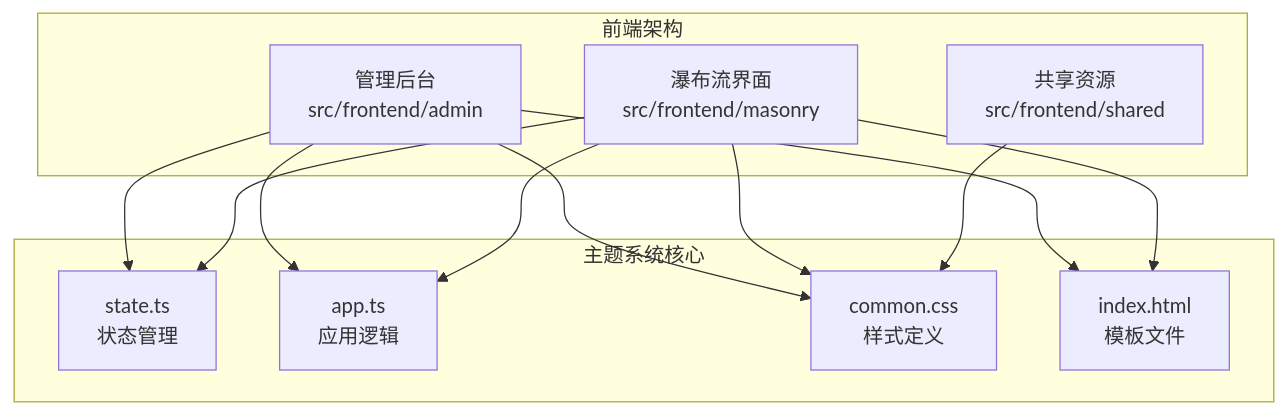
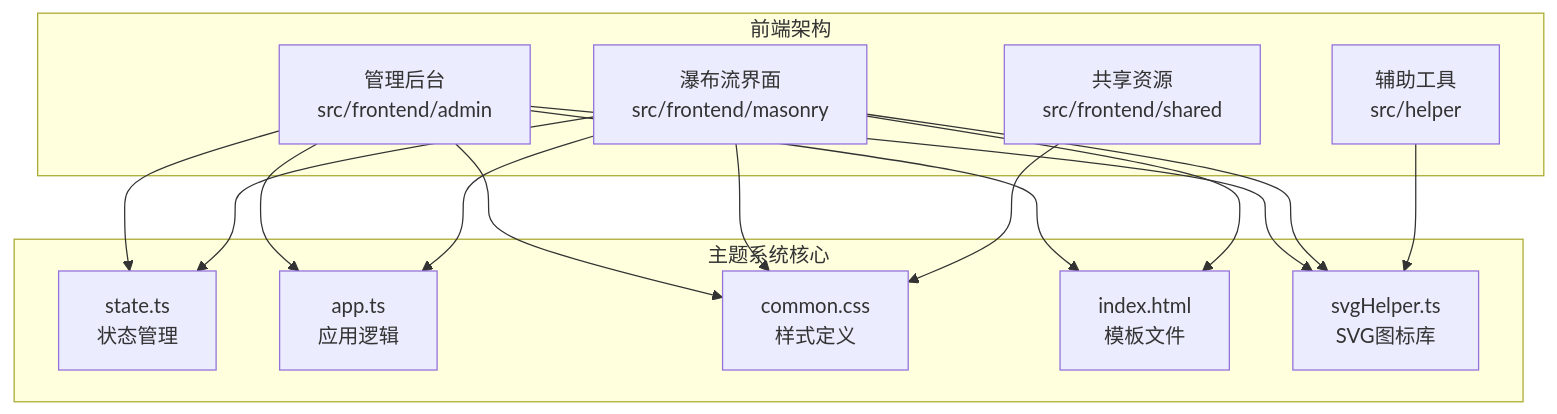
Before and after one commit to BlackBoxRecorder/memos: the first of 10 diagrams in .qoder/repowiki/zh/content/前端应用/主题切换系统.md, drawn with Mermaid. The commit also changed other lines of this file and 7 other files, not shown here.

````diff
--- a/.qoder/repowiki/zh/content/前端应用/主题切换系统.md
+++ b/.qoder/repowiki/zh/content/前端应用/主题切换系统.md
@@ -36,23 +47,28 @@
 ```mermaid
 graph TB
 subgraph "前端架构"
 Admin[管理后台<br/>src/frontend/admin]
 Masonry[瀑布流界面<br/>src/frontend/masonry]
 Shared[共享资源<br/>src/frontend/shared]
+Helper[辅助工具<br/>src/helper]
 end
 subgraph "主题系统核心"
 State[state.ts<br/>状态管理]
 App[app.ts<br/>应用逻辑]
 CSS[common.css<br/>样式定义]
 HTML[index.html<br/>模板文件]
+SVG[svgHelper.ts<br/>SVG图标库]
 end
 Admin --> State
 Admin --> App
 Admin --> CSS
 Admin --> HTML
+Admin --> SVG
 Masonry --> State
 Masonry --> App
 Masonry --> CSS
 Masonry --> HTML
+Masonry --> SVG
 Shared --> CSS
+Helper --> SVG
 ```
````
